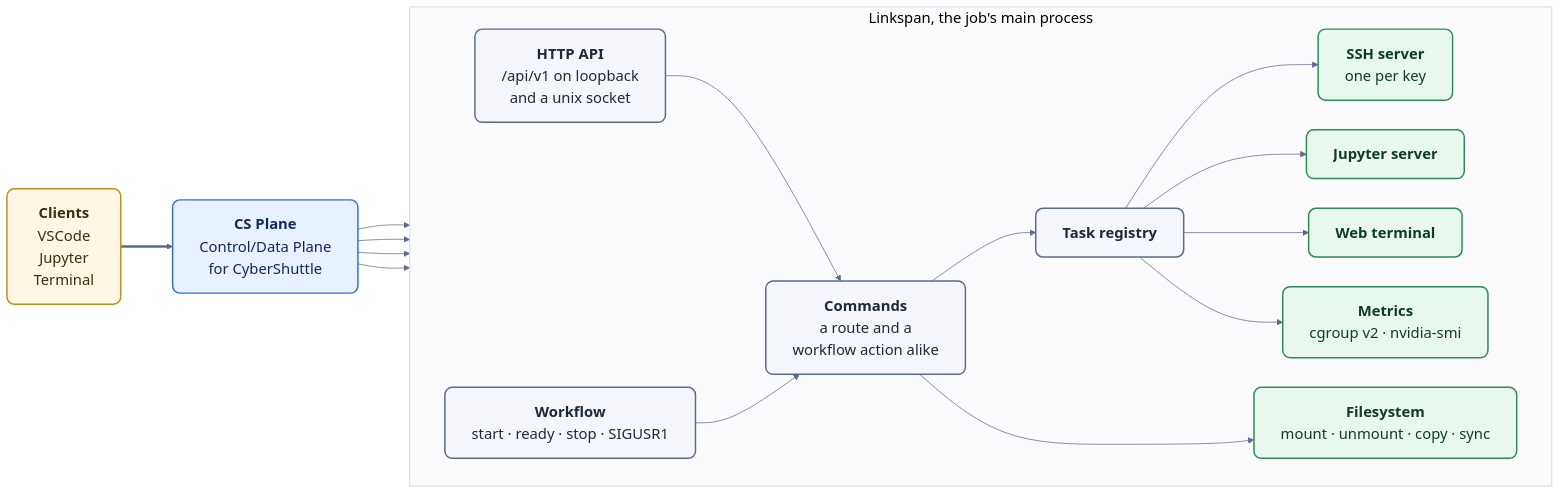
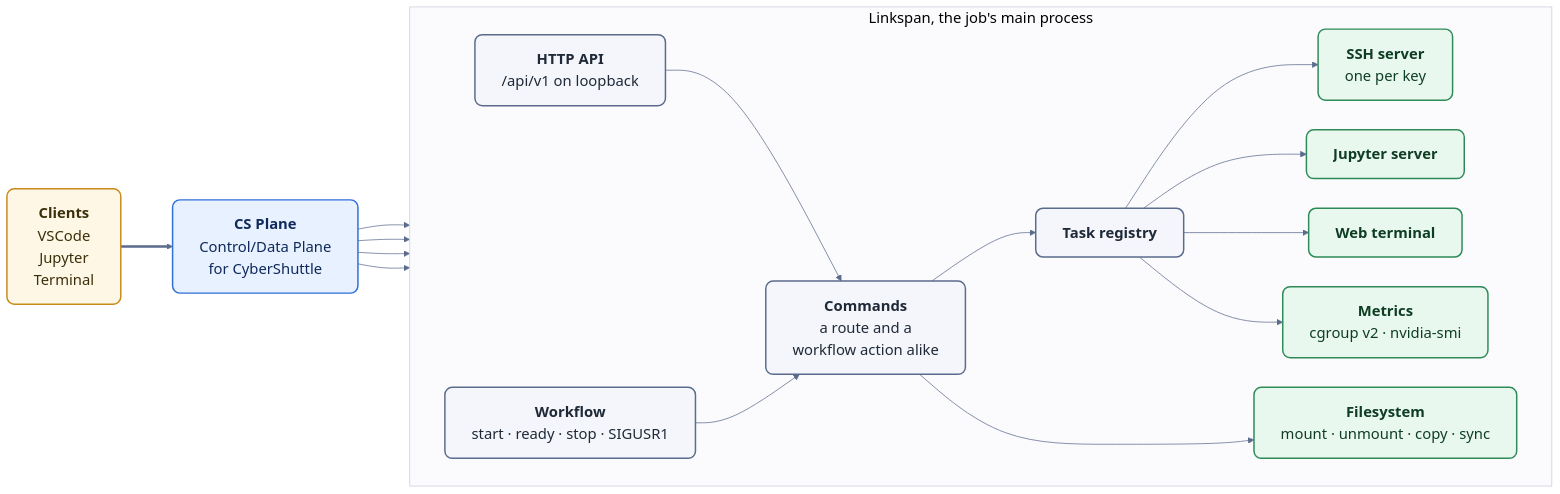
Before and after one commit to cyber-shuttle/linkspan: the diagram in docs/assets/architecture.mmd, drawn with Mermaid. The commit also changed 22 other files, not shown here.

```diff
--- a/docs/assets/architecture.mmd
+++ b/docs/assets/architecture.mmd
@@ -1,38 +1,38 @@
 %%{init: {"theme": "base", "flowchart": {"curve": "basis", "nodeSpacing": 40, "rankSpacing": 70, "padding": 18, "wrappingWidth": 320},
   "themeVariables": {"fontFamily": "Helvetica", "fontSize": "20px",
   "primaryColor": "#f4f6fb", "primaryBorderColor": "#5b6b8c", "primaryTextColor": "#1f2937",
   "lineColor": "#5b6b8c", "clusterBkg": "#fbfbfd", "clusterBorder": "#c7cdd9", "edgeLabelBackground": "#ffffff"}}}%%
 flowchart LR
     classDef outside fill:#fff7e6,stroke:#c98a1b,stroke-width:2px,color:#3b2f0b,rx:10,ry:10
     classDef entry fill:#e8f1ff,stroke:#2f6fd6,stroke-width:2px,color:#0f2a5a,rx:10,ry:10
     classDef core fill:#f4f6fb,stroke:#5b6b8c,stroke-width:2px,color:#1f2937,rx:10,ry:10
     classDef server fill:#e9f8ef,stroke:#2e8b57,stroke-width:2px,color:#0f3d24,rx:10,ry:10
 
     clients["<b>Clients</b><br/>VSCode<br/>Jupyter<br/>Terminal"]:::outside
     relay["<b>CS Plane</b><br/>Control/Data Plane<br/>for CyberShuttle"]:::entry
     subgraph ls[" Linkspan, the job's main process "]
         direction LR
-        api["<b>HTTP API</b><br/>/api/v1 on loopback<br/>and a unix socket"]:::core
+        api["<b>HTTP API</b><br/>/api/v1 on loopback"]:::core
         wf["<b>Workflow</b><br/>start · ready · stop · SIGUSR1"]:::core
         cmd["<b>Commands</b><br/>a route and a<br/>workflow action alike"]:::core
         reg["<b>Task registry</b>"]:::core
         sshd["<b>SSH server</b><br/>one per key"]:::server
         jup["<b>Jupyter server</b>"]:::server
         ttyd["<b>Web terminal</b>"]:::server
         met["<b>Metrics</b><br/>cgroup v2 · nvidia-smi"]:::server
         fs["<b>Filesystem</b><br/>mount · unmount · copy · sync"]:::server
         api --> cmd
         wf --> cmd
         cmd --> reg
         reg --> sshd
         reg --> jup
         reg --> ttyd
         reg --> met
         cmd --> fs
         reg ~~~ fs
     end
     clients ==> relay
     relay --> api
     relay --> sshd
     relay --> jup
     relay --> ttyd
```
